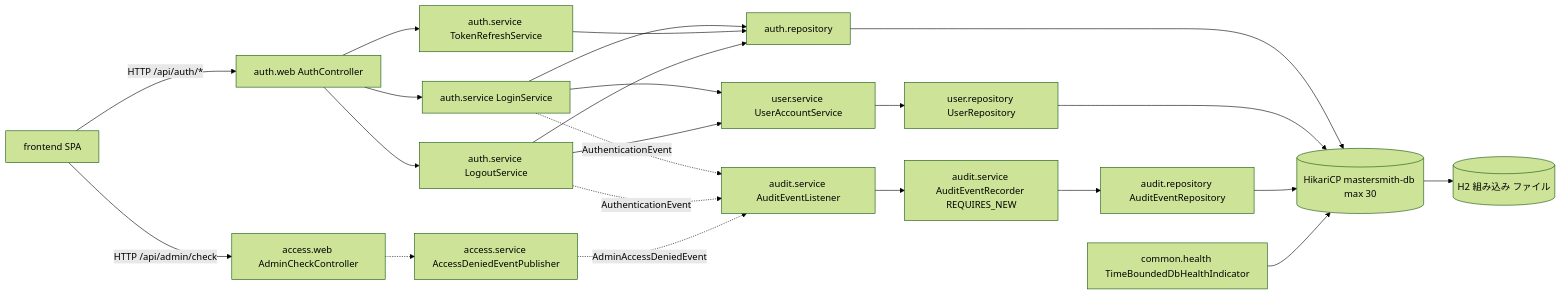
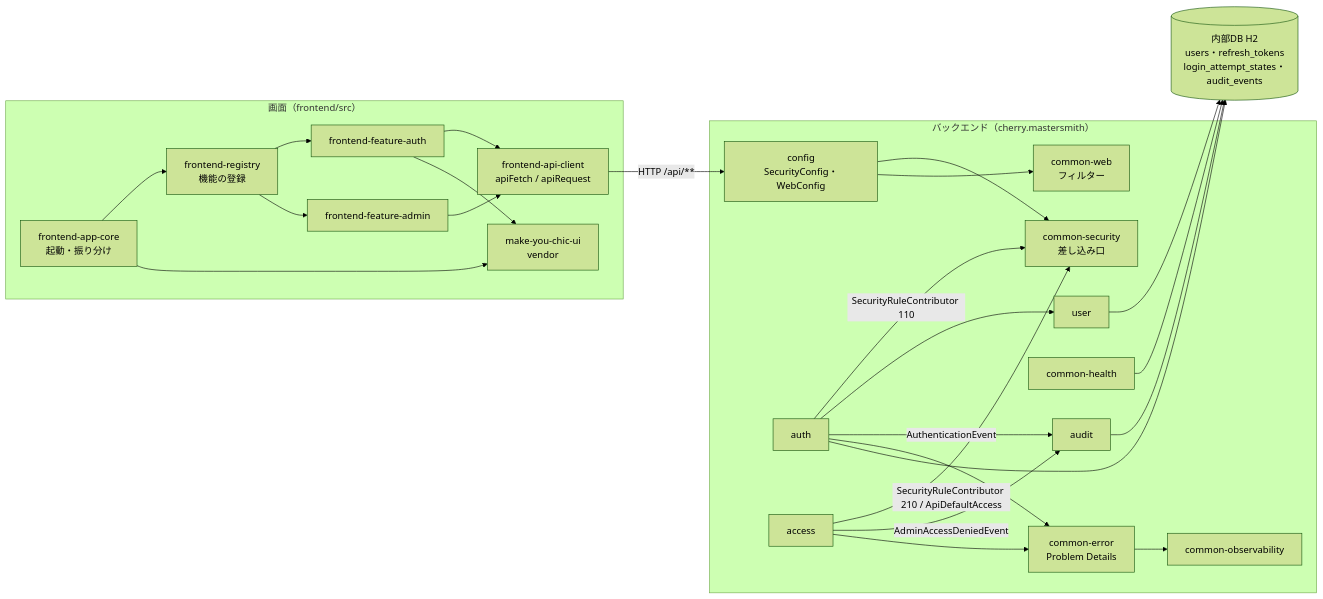
One commit to agwlvssainokuni/mastersmith2 changed the first of 6 diagrams in aidlc/spaces/default/codekb/mastersmith2/architecture.md. Above: the diagram before and after it, drawn with Mermaid (forest theme). The commit also changed other lines of this file and 13 other files, not shown here.

````diff
--- a/aidlc/spaces/default/codekb/mastersmith2/architecture.md
+++ b/aidlc/spaces/default/codekb/mastersmith2/architecture.md
@@ -22,25 +24,47 @@
 ```mermaid
 flowchart LR
-    SPA["frontend SPA"] -->|"HTTP /api/auth/*"| AUTHWEB["auth.web AuthController"]
-    SPA -->|"HTTP /api/admin/check"| ACCWEB["access.web AdminCheckController"]
-    AUTHWEB --> LOGIN["auth.service LoginService"]
-    AUTHWEB --> REFRESH["auth.service TokenRefreshService"]
-    AUTHWEB --> LOGOUT["auth.service LogoutService"]
-    LOGIN --> USERSVC["user.service UserAccountService"]
-    LOGOUT --> USERSVC
-    LOGIN --> AUTHREPO["auth.repository"]
-    REFRESH --> AUTHREPO
-    LOGOUT --> AUTHREPO
-    USERSVC --> USERREPO["user.repository UserRepository"]
-    ACCWEB -.-> ACCPUB["access.service AccessDeniedEventPublisher"]
-    LOGIN -. "AuthenticationEvent" .-> LISTENER["audit.service AuditEventListener"]
-    LOGOUT -. "AuthenticationEvent" .-> LISTENER
-    ACCPUB -. "AdminAccessDeniedEvent" .-> LISTENER
-    LISTENER --> RECORDER["audit.service AuditEventRecorder REQUIRES_NEW"]
-    RECORDER --> AUDITREPO["audit.repository AuditEventRepository"]
-    AUTHREPO --> POOL[("HikariCP mastersmith-db max 30")]
-    USERREPO --> POOL
-    AUDITREPO --> POOL
-    HEALTH["common.health TimeBoundedDbHealthIndicator"] --> POOL
-    POOL --> H2[("H2 組み込み ファイル")]
+  subgraph FE["画面（frontend/src）"]
+    APP["frontend-app-core<br/>起動・振り分け"]
+    REG["frontend-registry<br/>機能の登録"]
+    APIC["frontend-api-client<br/>apiFetch / apiRequest"]
+    FAUTH["frontend-feature-auth"]
+    FADMIN["frontend-feature-admin"]
+    UI["make-you-chic-ui<br/>vendor"]
+  end
+  subgraph BE["バックエンド（cherry.mastersmith）"]
+    CFG["config<br/>SecurityConfig・WebConfig"]
+    SEC["common-security<br/>差し込み口"]
+    ERR["common-error<br/>Problem Details"]
+    WEBF["common-web<br/>フィルター"]
+    OBS["common-observability"]
+    HEALTH["common-health"]
+    AUTH["auth"]
+    ACCESS["access"]
+    AUDIT["audit"]
+    USER["user"]
+  end
+  DB[("内部DB H2<br/>users・refresh_tokens<br/>login_attempt_states・audit_events")]
+
+  APP --> REG
+  REG --> FAUTH
+  REG --> FADMIN
+  FAUTH --> APIC
+  FADMIN --> APIC
+  APP --> UI
+  FAUTH --> UI
+  APIC -- "HTTP /api/**" --> CFG
+  CFG --> SEC
+  CFG --> WEBF
+  AUTH -- "SecurityRuleContributor 110" --> SEC
+  ACCESS -- "SecurityRuleContributor 210 / ApiDefaultAccess" --> SEC
+  AUTH --> USER
+  AUTH -- "AuthenticationEvent" --> AUDIT
+  ACCESS -- "AdminAccessDeniedEvent" --> AUDIT
+  AUTH --> ERR
+  ACCESS --> ERR
+  AUTH --> DB
+  USER --> DB
+  AUDIT --> DB
+  HEALTH --> DB
+  ERR --> OBS
 ```
````
